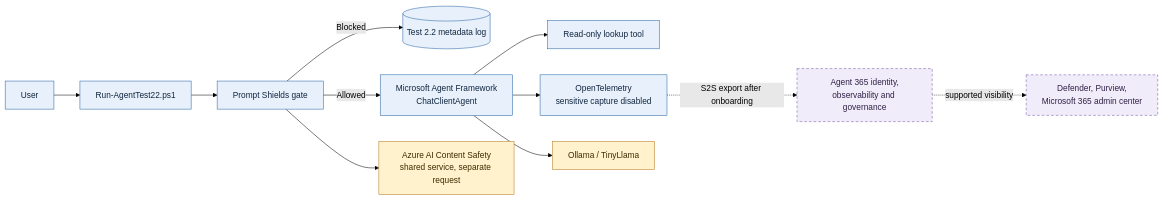
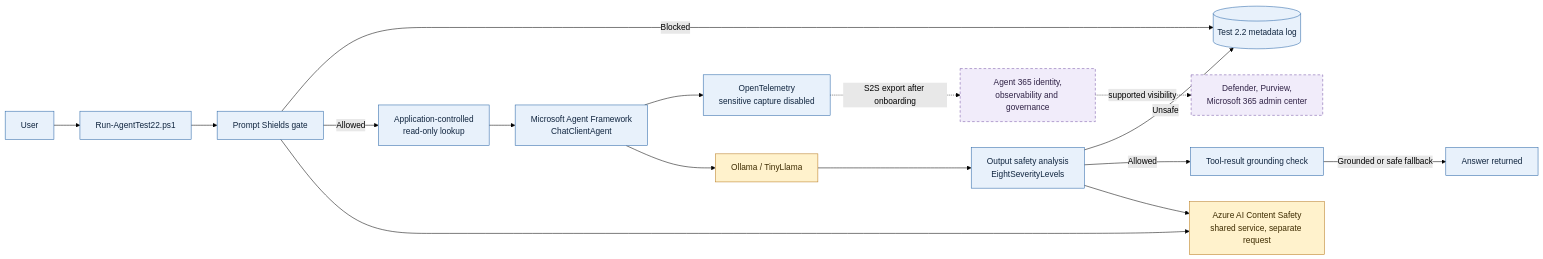
One commit to hsze/LOCAL-AI-SECURITY changed the tenth of 10 diagrams in LOCAL-AI-SECURITY-ARCHITECTURE.md. Above: the diagram before and after it, drawn with Mermaid (forest theme). The commit also changed other lines of this file, not shown here.

Commit message:
Update validated Test 2.2 architecture

````diff
--- a/LOCAL-AI-SECURITY-ARCHITECTURE.md
+++ b/LOCAL-AI-SECURITY-ARCHITECTURE.md
@@ -371,22 +371,27 @@
 ```mermaid
 flowchart LR
     classDef built fill:#e8f1fb,stroke:#2563a6,color:#10253f
     classDef shared fill:#fff2cc,stroke:#b7791f,color:#3d2b00
     classDef future fill:#f1ecfa,stroke:#7553a6,color:#2f2145,stroke-dasharray: 5 4
 
     U[User] --> L[Run-AgentTest22.ps1]
     L --> PS[Prompt Shields gate]
     PS -->|Blocked| LOG[(Test 2.2 metadata log)]
-    PS -->|Allowed| AF[Microsoft Agent Framework<br/>ChatClientAgent]
-    AF --> TOOL[Read-only lookup tool]
+    PS -->|Allowed| TOOL[Application-controlled<br/>read-only lookup]
+    TOOL --> AF[Microsoft Agent Framework<br/>ChatClientAgent]
     AF --> OT[OpenTelemetry<br/>sensitive capture disabled]
     AF --> O[Ollama / TinyLlama]
+    O --> OUT[Output safety analysis<br/>EightSeverityLevels]
+    OUT -->|Unsafe| LOG
+    OUT -->|Allowed| GROUND[Tool-result grounding check]
+    GROUND -->|Grounded or safe fallback| ANSWER[Answer returned]
 
     PS --> CS[Azure AI Content Safety<br/>shared service, separate request]
+    OUT --> CS
     OT -. S2S export after onboarding .-> A365[Agent 365 identity,<br/>observability and governance]
     A365 -. supported visibility .-> GOV[Defender, Purview,<br/>Microsoft 365 admin center]
 
-    class U,L,PS,LOG,AF,TOOL,OT built
+    class U,L,PS,LOG,AF,TOOL,OT,OUT,GROUND,ANSWER built
     class O,CS shared
     class A365,GOV future
 ```
````
